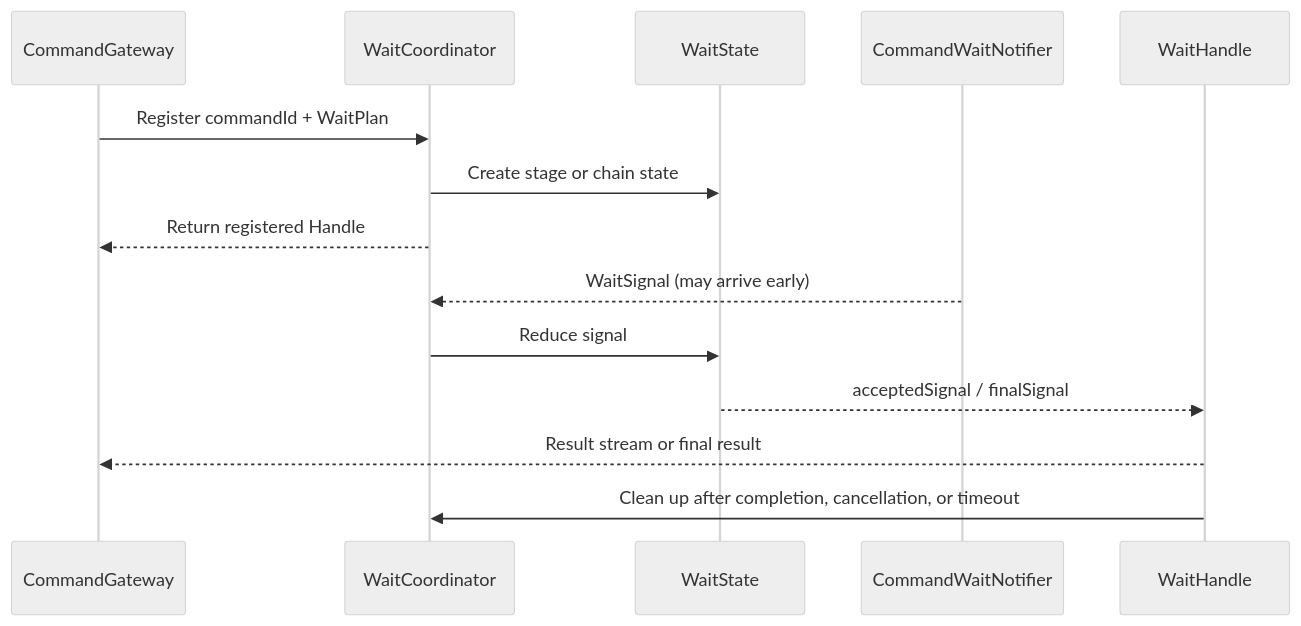
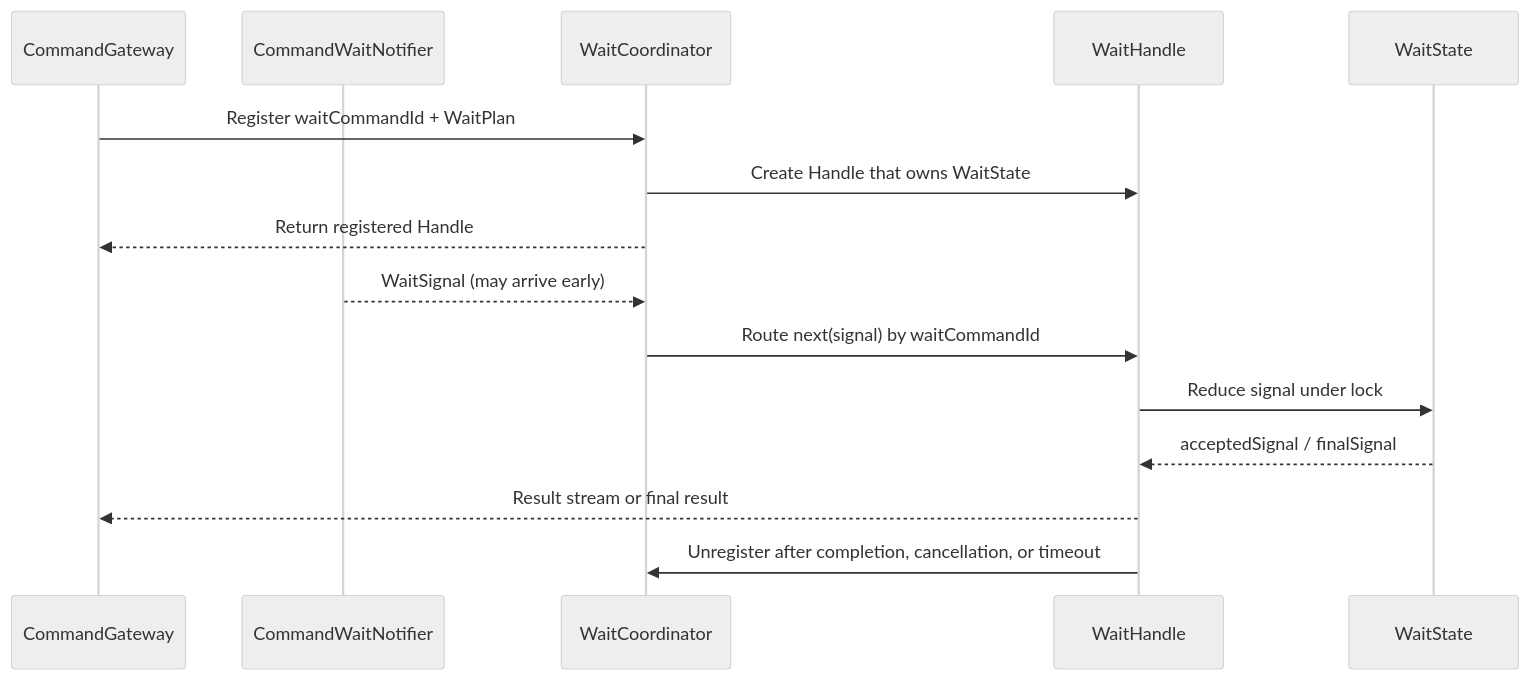
One commit to Ahoo-Wang/Wow changed the diagram in documentation/docs/en/guide/command/internals/wait-runtime.md. Above: the diagram before and after it, drawn with Mermaid (neutral theme). The commit also changed other lines of this file and 11 other files, not shown here.

Commit message:
docs: correct final diagram semantics

````diff
--- a/documentation/docs/en/guide/command/internals/wait-runtime.md
+++ b/documentation/docs/en/guide/command/internals/wait-runtime.md
@@ -13,16 +13,17 @@
 ```mermaid
 sequenceDiagram
     participant Gateway as CommandGateway
+    participant Notifier as CommandWaitNotifier
     participant Coordinator as WaitCoordinator
+    participant Handle as WaitHandle
     participant State as WaitState
-    participant Notifier as CommandWaitNotifier
-    participant Handle as WaitHandle
-    Gateway->>Coordinator: Register commandId + WaitPlan
-    Coordinator->>State: Create stage or chain state
+    Gateway->>Coordinator: Register waitCommandId + WaitPlan
+    Coordinator->>Handle: Create Handle that owns WaitState
     Coordinator-->>Gateway: Return registered Handle
     Notifier-->>Coordinator: WaitSignal (may arrive early)
-    Coordinator->>State: Reduce signal
+    Coordinator->>Handle: Route next(signal) by waitCommandId
+    Handle->>State: Reduce signal under lock
     State-->>Handle: acceptedSignal / finalSignal
     Handle-->>Gateway: Result stream or final result
-    Handle->>Coordinator: Clean up after completion, cancellation, or timeout
+    Handle->>Coordinator: Unregister after completion, cancellation, or timeout
 ```
````
